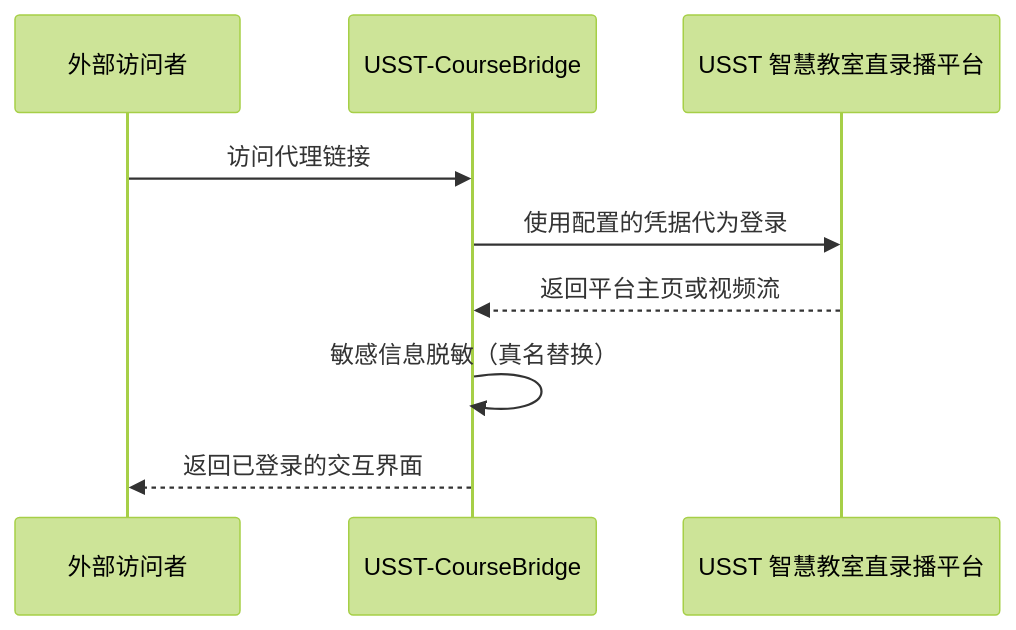
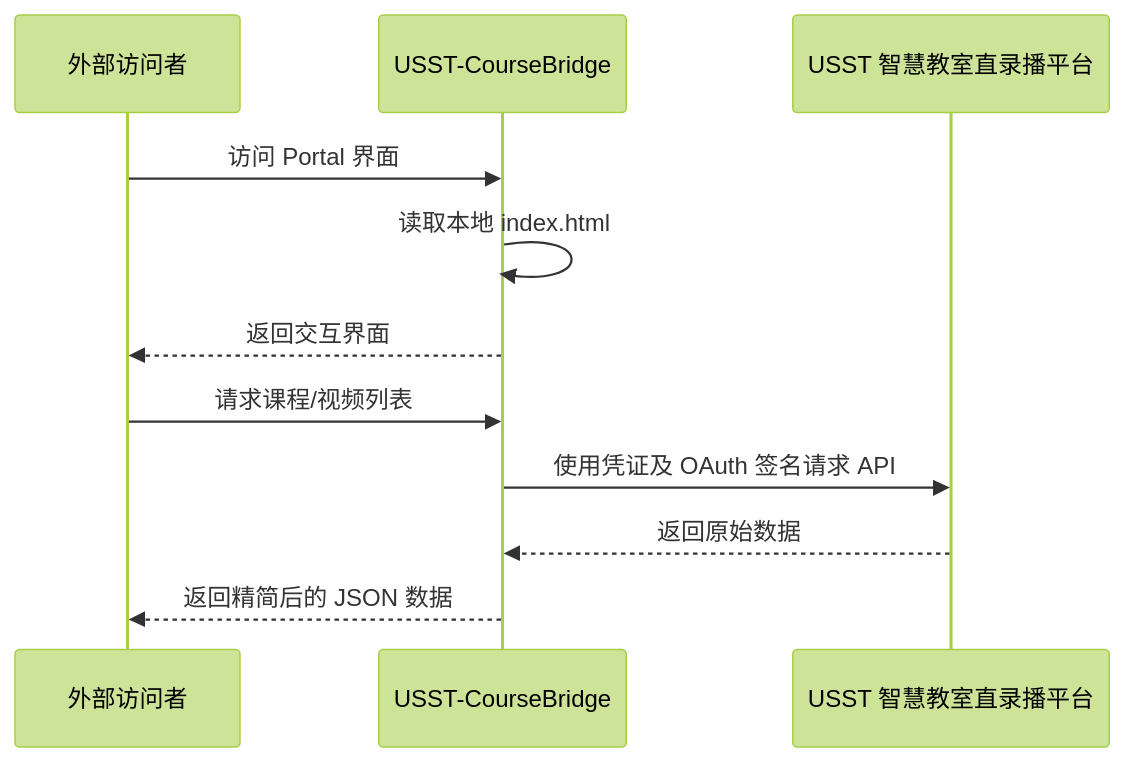
The diagram in README.md (BobLiu0518/USST-CourseBridge), drawn with Mermaid (forest theme) before and after one commit. The commit also changed other lines of this file and 11 other files, not shown here.

````diff
--- a/README.md
+++ b/README.md
@@ -21,12 +21,14 @@
 ```mermaid
 sequenceDiagram
     participant User as 外部访问者
     participant Proxy as USST-CourseBridge
     participant USST as USST 智慧教室直录播平台
 
-    User->>Proxy: 访问代理链接
-    Proxy->>USST: 使用配置的凭据代为登录
-    USST-->>Proxy: 返回平台主页或视频流
-    Proxy->>Proxy: 敏感信息脱敏（真名替换）
-    Proxy-->>User: 返回已登录的交互界面
+    User->>Proxy: 访问 Portal 界面
+    Proxy->>Proxy: 读取本地 index.html
+    Proxy-->>User: 返回交互界面
+    User->>Proxy: 请求课程/视频列表
+    Proxy->>USST: 使用凭证及 OAuth 签名请求 API
+    USST-->>Proxy: 返回原始数据
+    Proxy-->>User: 返回精简后的 JSON 数据
 ```
````
